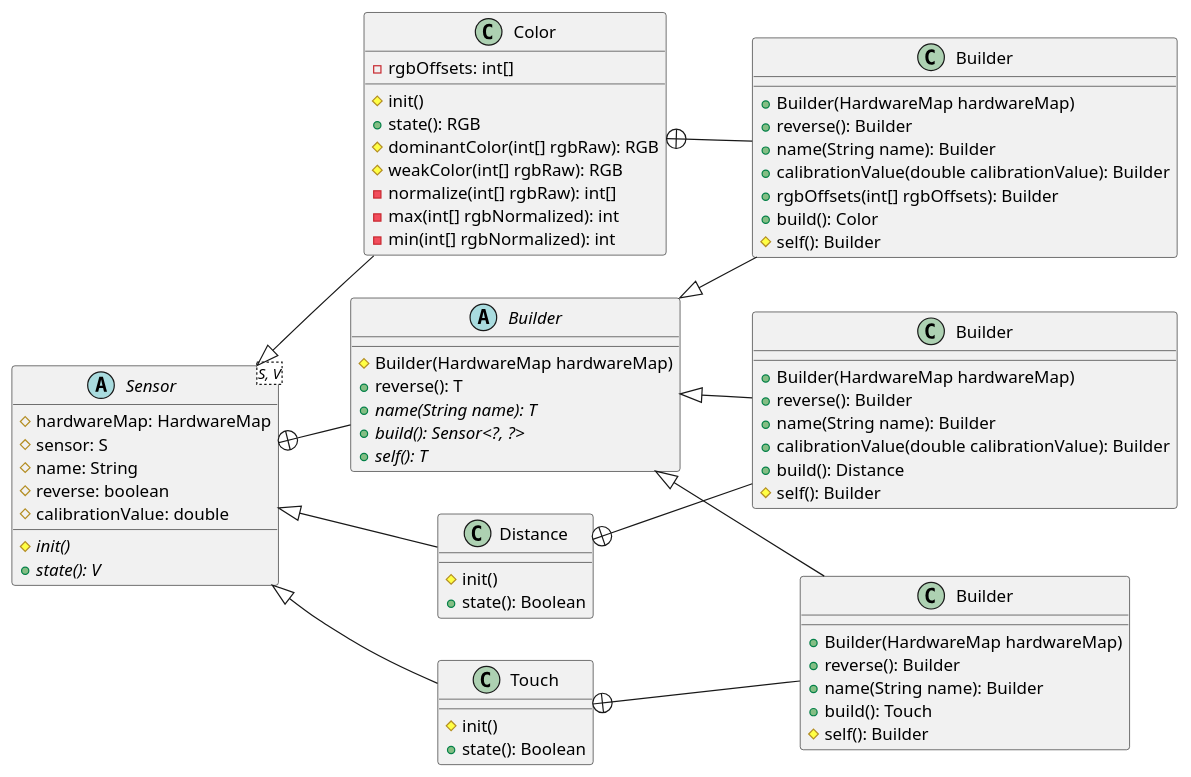
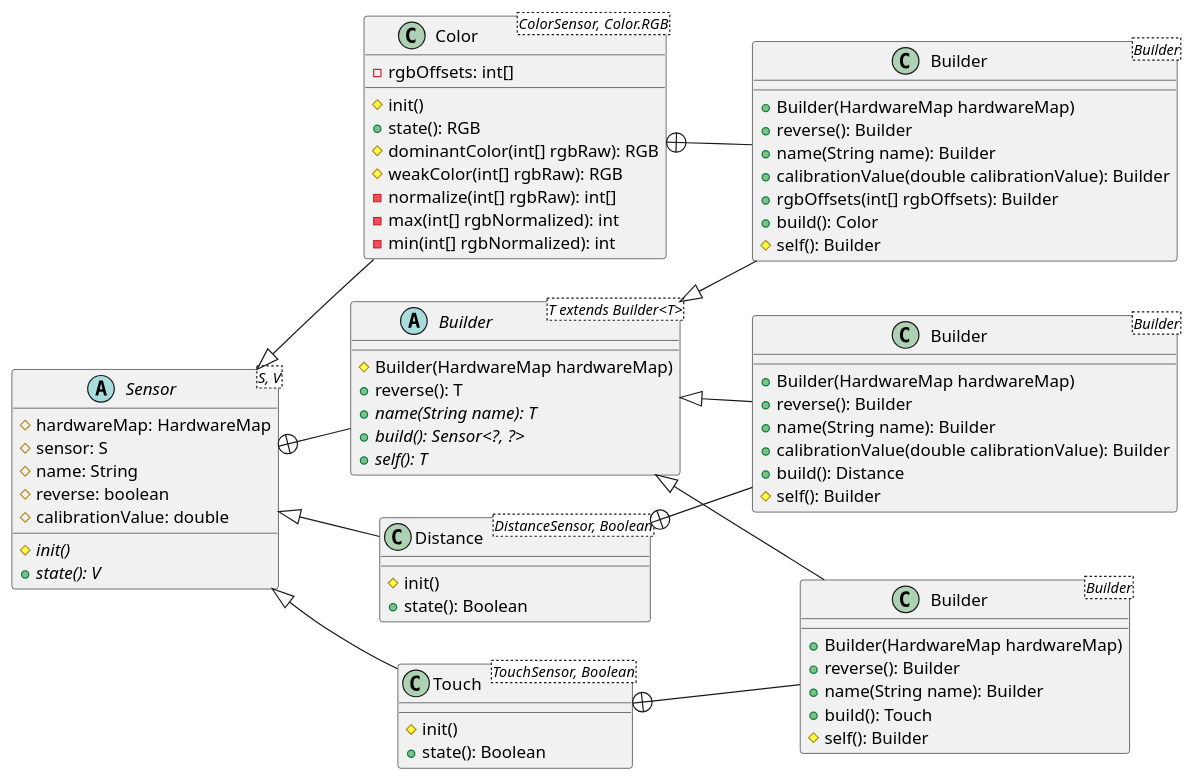
Before and after one commit to Collegiate-Edu-Nation/easy-ftc: the diagram in docs/uml/src/sensor.puml, drawn with PlantUML. The commit also changed 1 other file, not shown here.

Commit message:
uml: add generics

```diff
--- a/docs/uml/src/sensor.puml
+++ b/docs/uml/src/sensor.puml
@@ -1,85 +1,85 @@
 @startuml
 
 left to right direction
 
 abstract class Sensor<S, V> {
     # hardwareMap: HardwareMap
     # sensor: S
     # name: String
     # reverse: boolean
     # calibrationValue: double
     {abstract}# init()
     {abstract}+ state(): V
 }
 
-abstract class "Builder" as Sensor_Builder {
+abstract class "Builder<T extends Builder<T>>" as Sensor_Builder {
     # Builder(HardwareMap hardwareMap)
     + reverse(): T
     {abstract}+ name(String name): T
     {abstract}+ build(): Sensor<?, ?>
     {abstract}+ self(): T
 }
 
-class Color {
+class Color<ColorSensor, Color.RGB> {
     - rgbOffsets: int[]
     # init()
     + state(): RGB
     # dominantColor(int[] rgbRaw): RGB
     # weakColor(int[] rgbRaw): RGB
     - normalize(int[] rgbRaw): int[]
     - max(int[] rgbNormalized): int
     - min(int[] rgbNormalized): int
 }
 
-class Distance {
+class Distance<DistanceSensor, Boolean> {
     # init()
     + state(): Boolean
 }
 
-class Touch {
+class Touch<TouchSensor, Boolean> {
     # init()
     + state(): Boolean
 }
 
-class "Builder" as Color_Builder {
+class "Builder<Builder>" as Color_Builder {
     + Builder(HardwareMap hardwareMap)
     + reverse(): Builder
     + name(String name): Builder
     + calibrationValue(double calibrationValue): Builder
     + rgbOffsets(int[] rgbOffsets): Builder
     + build(): Color
     # self(): Builder
 }
 
-class "Builder" as Distance_Builder {
+class "Builder<Builder>" as Distance_Builder {
     + Builder(HardwareMap hardwareMap)
     + reverse(): Builder
     + name(String name): Builder
     + calibrationValue(double calibrationValue): Builder
     + build(): Distance
     # self(): Builder
 }
 
-class "Builder" as Touch_Builder {
+class "Builder<Builder>" as Touch_Builder {
     + Builder(HardwareMap hardwareMap)
     + reverse(): Builder
     + name(String name): Builder
     + build(): Touch
     # self(): Builder
 }
 
 Sensor <|-- Color
 Sensor <|-- Distance
 Sensor <|-- Touch
 
 Sensor_Builder <|-- Color_Builder
 Sensor_Builder <|-- Distance_Builder
 Sensor_Builder <|-- Touch_Builder
 
 Sensor +-- Sensor_Builder
 
 Color +-- Color_Builder
 Distance +-- Distance_Builder
 Touch +-- Touch_Builder
 
 @enduml
```
